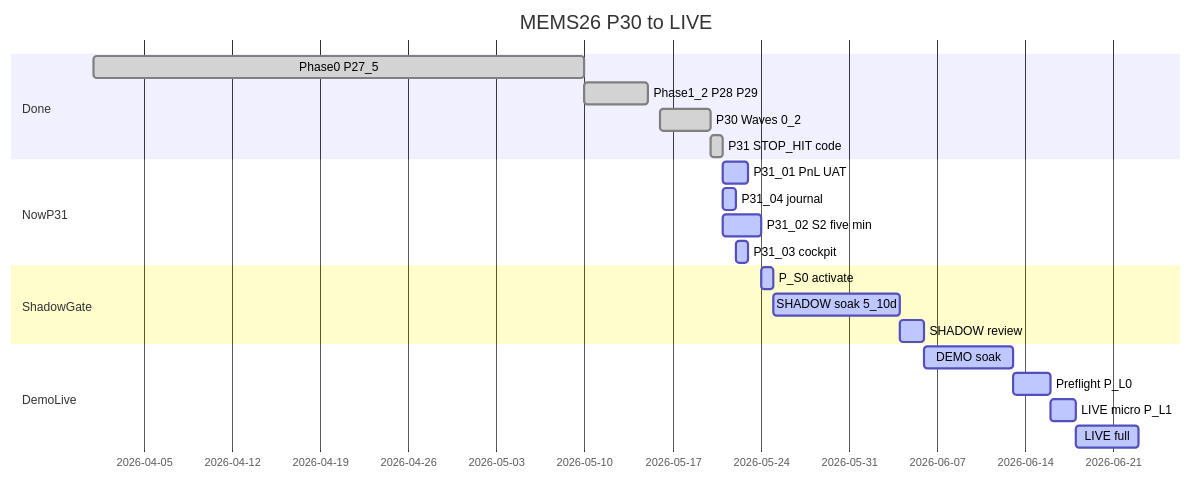
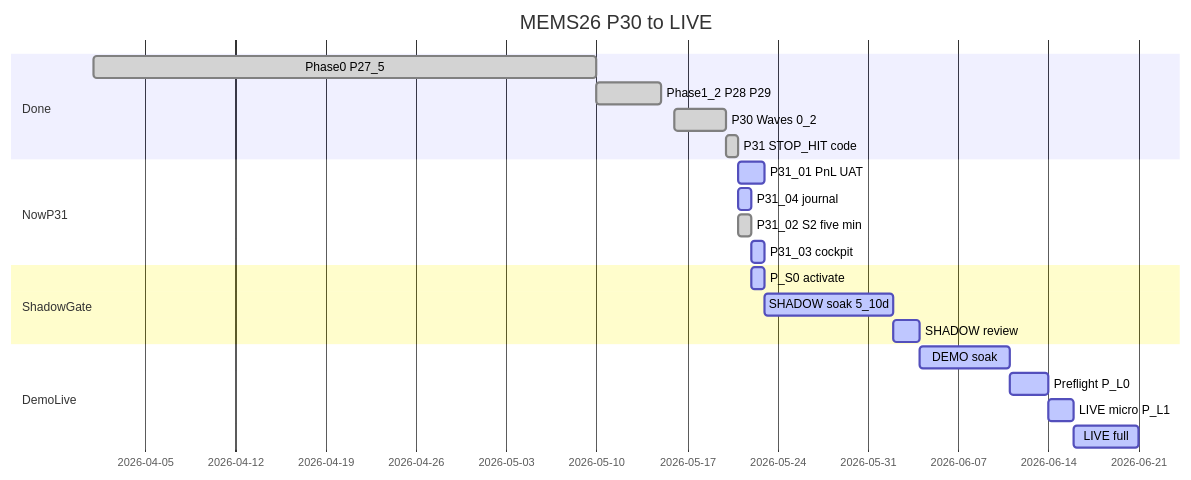
Before and after one commit to michaelbarg/mems26-web: the first of 2 diagrams in docs/handoff/P31_TASK_BOARD.md, drawn with Mermaid. The commit also changed other lines of this file and 22 other files, not shown here.

````diff
--- a/docs/handoff/P31_TASK_BOARD.md
+++ b/docs/handoff/P31_TASK_BOARD.md
@@ -69,24 +71,24 @@
 ```mermaid
 gantt
     title MEMS26 P30 to LIVE
     dateFormat YYYY-MM-DD
     section Done
     Phase0 P27_5          :done, p0, 2026-04-01, 2026-05-10
     Phase1_2 P28 P29      :done, p12, 2026-05-10, 2026-05-15
     P30 Waves 0_2         :done, p30w, 2026-05-16, 2026-05-20
     P31 STOP_HIT code     :done, p31c, 2026-05-20, 2026-05-21
     section NowP31
     P31_01 PnL UAT        :active, p3101, 2026-05-21, 2d
     P31_04 journal        :active, p3104, 2026-05-21, 1d
-    P31_02 S2 five min    :active, p3102, 2026-05-21, 3d
+    P31_02 S2 five min    :done, p3102, 2026-05-21, 2026-05-22
     P31_03 cockpit        :active, p3103, 2026-05-22, 1d
     section ShadowGate
     P_S0 activate         :active, ps0, after p3102, 1d
     SHADOW soak 5_10d     :active, ps1, after ps0, 10d
     SHADOW review         :active, psr, after ps1, 2d
     section DemoLive
     DEMO soak             :active, demo7, after psr, 7d
     Preflight P_L0        :active, pl0, after demo7, 3d
     LIVE micro P_L1       :active, pl1, after pl0, 2d
     LIVE full             :active, pl2, after pl1, 5d
 ```
````
